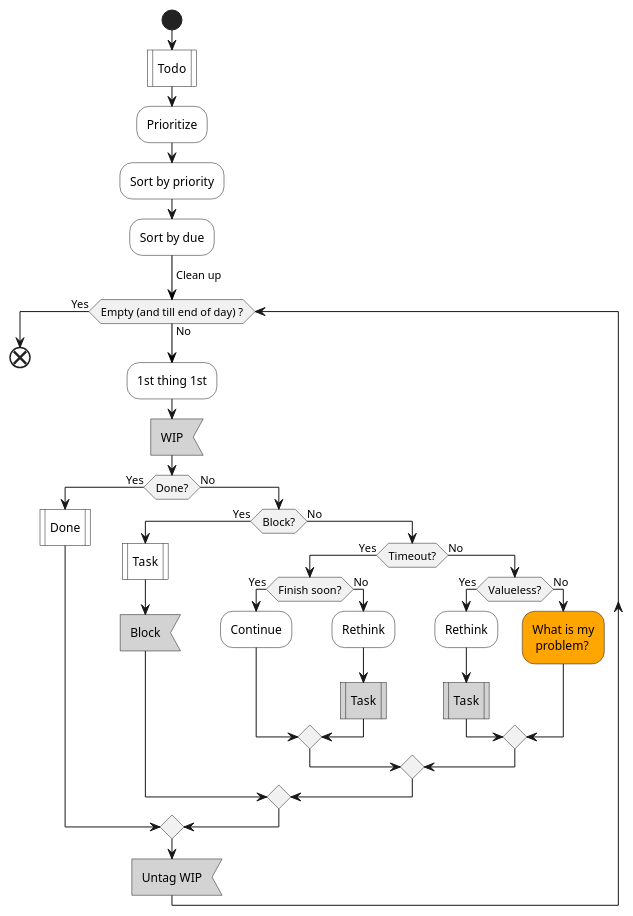
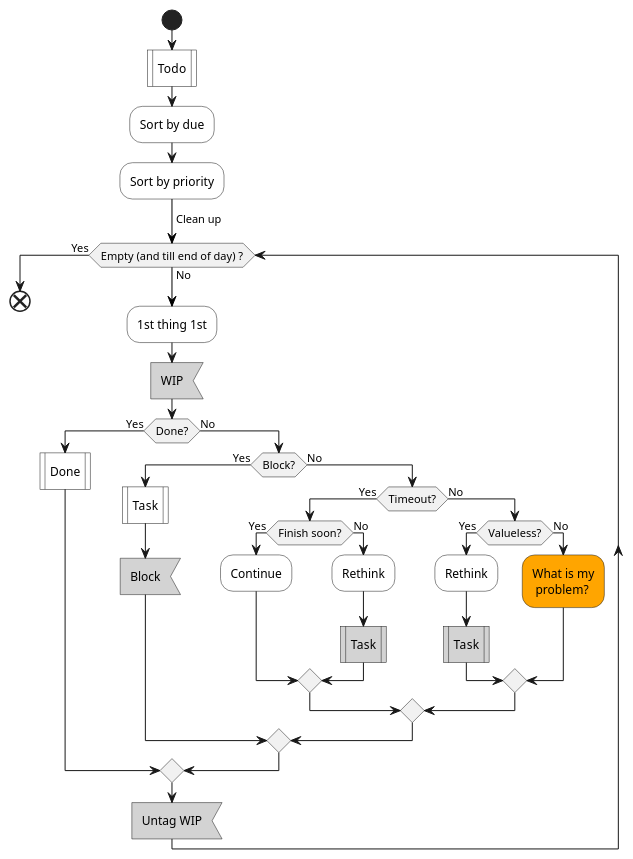
The third of 4 diagrams in lifelogs/rehabilitation.md (IceHe/icehe-lib), drawn with PlantUML before and after one commit. The commit also changed other lines of this file, not shown here.

Commit message:
2020-12-18 01:39:16 Fri

````diff
--- a/lifelogs/rehabilitation.md
+++ b/lifelogs/rehabilitation.md
@@ -307,40 +308,39 @@
 ```plantuml
 @startuml
 start
 #white:Todo|
-#white:Prioritize;
+#white:Sort by due;
 #white:Sort by priority;
-#white:Sort by due;
 -[#black]-> Clean up;
 while (Empty (and till end of day) ?) is (No)
     #white:1st thing 1st;
     #lightGray:WIP<
     if (Done?) then (Yes)
         #white:Done|
     else (No)
         if (Block?) then (Yes)
             #white:Task|
             #lightGray:Block<
         else (No)
             if (Timeout?) then (Yes)
                 if (Finish soon?) then (Yes)
                     #white:Continue;
                 else (No)
                 #white:Rethink;
                 #lightGray:Task|
                 endif
             else (No)
                 if (Valueless?) then (Yes)
                     #white:Rethink;
                     #lightGray:Task|
                 else (No)
                     #orange:What is my\n problem?;
                 endif
             endif
         endif
     endif
     #lightGray:Untag WIP<
 endwhile (Yes)
 end
 @enduml
 ```
````
